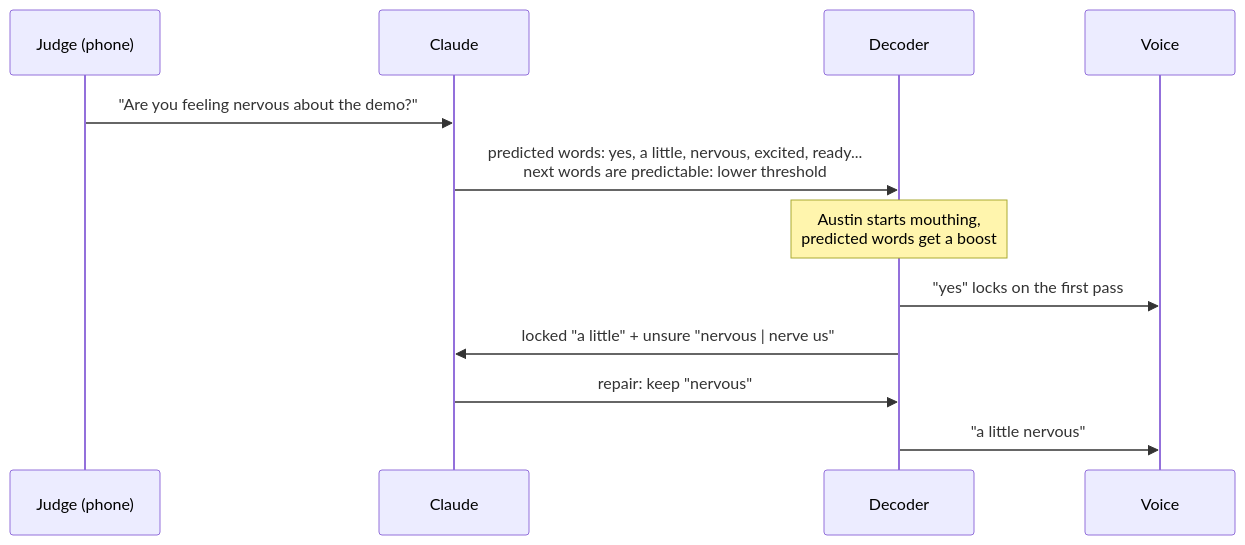
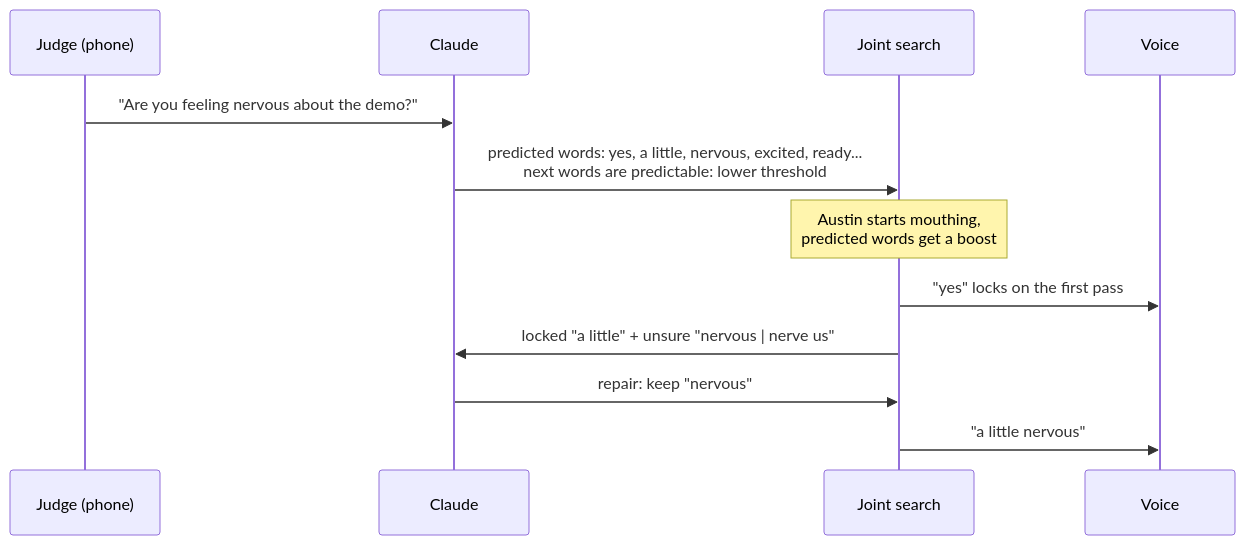
Before and after one commit to thaimtl/Reclaim: the third of 3 diagrams in docs/REALTIME_PIPELINE.md, drawn with Mermaid. The commit also changed other lines of this file and 18 other files, not shown here.

````diff
--- a/docs/REALTIME_PIPELINE.md
+++ b/docs/REALTIME_PIPELINE.md
@@ -144,14 +146,14 @@
 ```mermaid
 sequenceDiagram
     participant J as Judge (phone)
     participant C as Claude
-    participant D as Decoder
+    participant D as Joint search
     participant V as Voice
     J->>C: "Are you feeling nervous about the demo?"
     C->>D: predicted words: yes, a little, nervous, excited, ready...<br/>next words are predictable: lower threshold
     Note over D: Austin starts mouthing,<br/>predicted words get a boost
     D->>V: "yes" locks on the first pass
     D->>C: locked "a little" + unsure "nervous | nerve us"
     C->>D: repair: keep "nervous"
     D->>V: "a little nervous"
 ```
````
